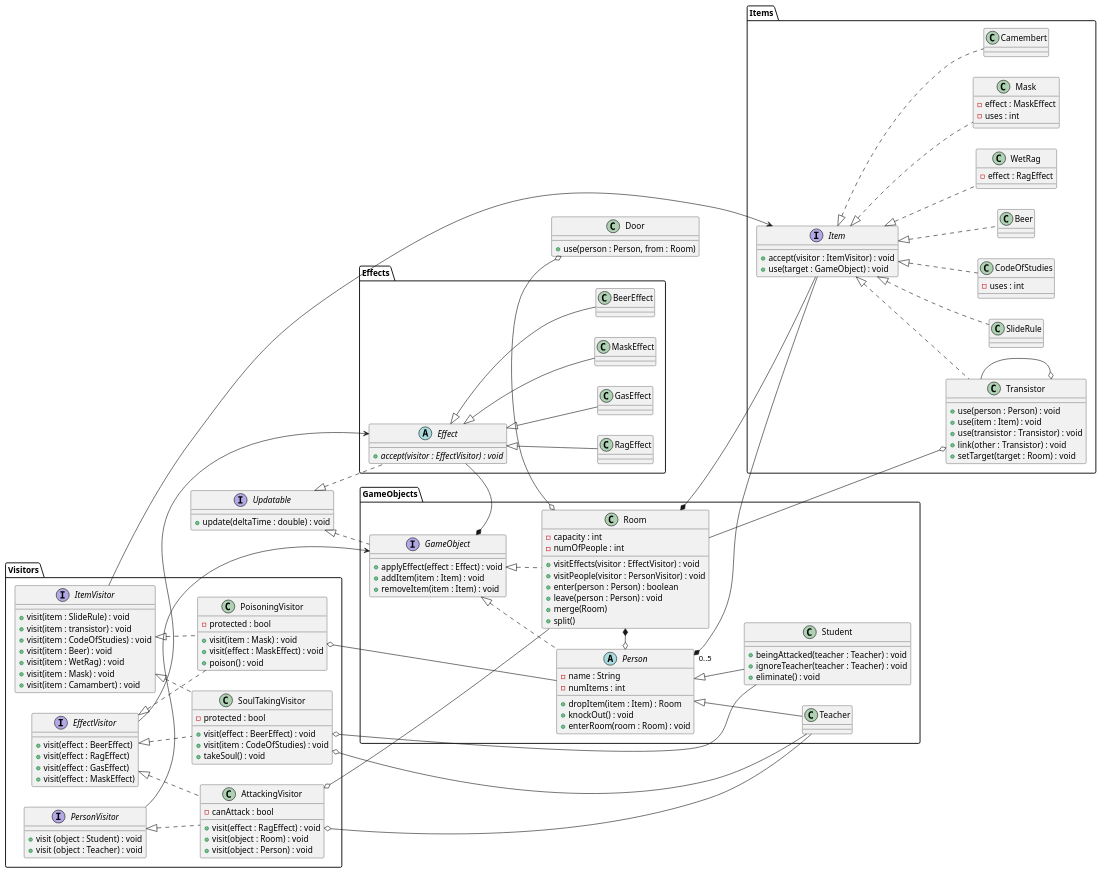
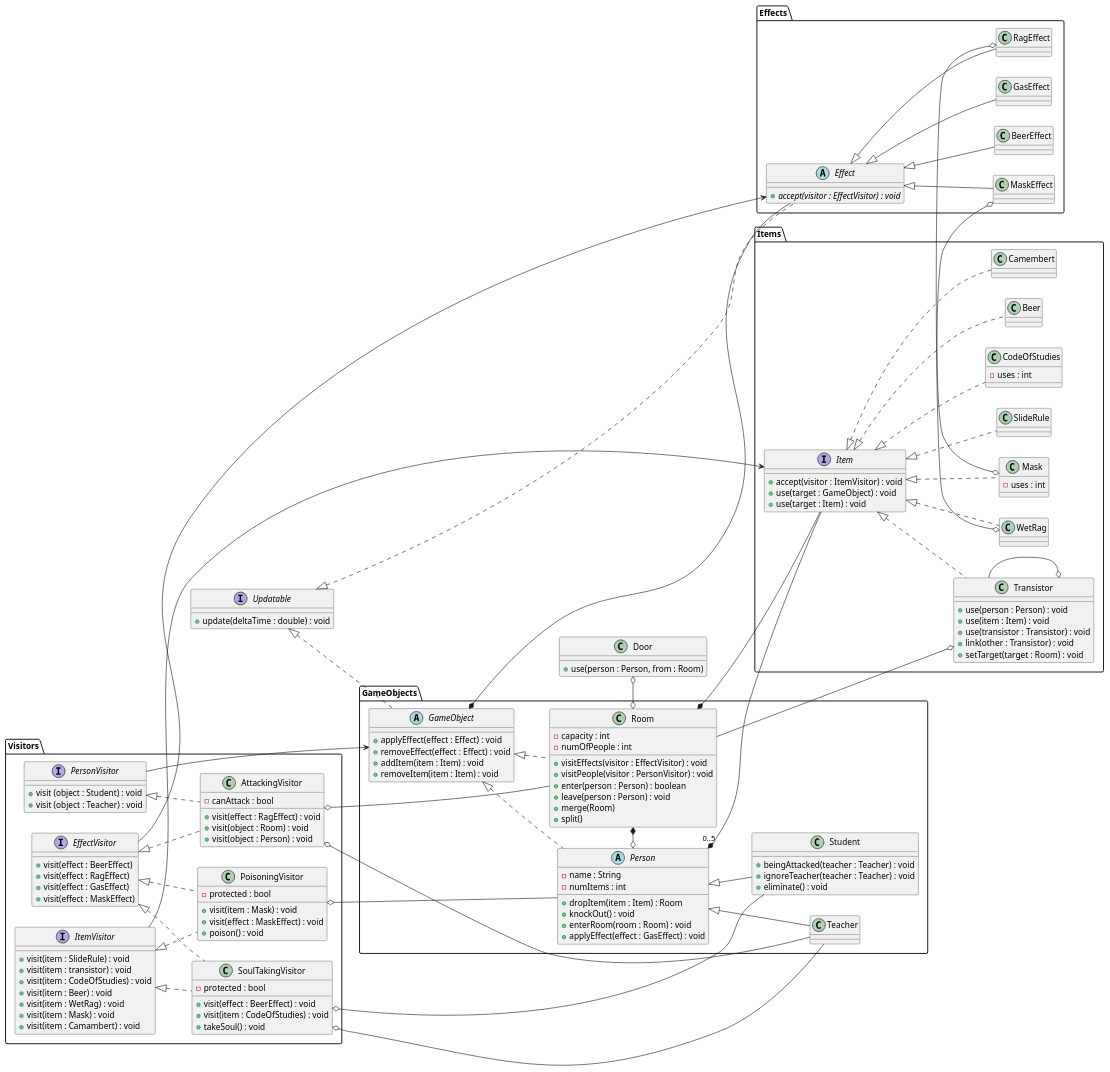
Before and after one commit to sn4k3ch4rm3r/logarlec: the diagram in docs/diagrams/class/overview.puml, drawn with PlantUML. The commit also changed 3 other files, not shown here.

```diff
--- a/docs/diagrams/class/overview.puml
+++ b/docs/diagrams/class/overview.puml
@@ -1,188 +1,192 @@
 @startuml effects
 
 left to right direction
 
 interface Updatable {
 	+ update(deltaTime : double) : void
 }
 
 package Visitors {
 	interface EffectVisitor {
 		+ visit(effect : BeerEffect)
 		+ visit(effect : RagEffect)
 		+ visit(effect : GasEffect)
 		+ visit(effect : MaskEffect)
 	}
 	interface ItemVisitor {
 		+ visit(item : SlideRule) : void
 		+ visit(item : transistor) : void
 		+ visit(item : CodeOfStudies) : void
 		+ visit(item : Beer) : void
 		+ visit(item : WetRag) : void
 		+ visit(item : Mask) : void
 		+ visit(item : Camambert) : void
 	}
 	interface PersonVisitor {
 		+ visit (object : Student) : void
 		+ visit (object : Teacher) : void
 	}
 
 	class SoulTakingVisitor {
 		- protected : bool
 		+ visit(effect : BeerEffect) : void
 		+ visit(item : CodeOfStudies) : void
 		+ takeSoul() : void
 	}
 	class PoisoningVisitor {
 		- protected : bool
 		+ visit(item : Mask) : void
 		+ visit(effect : MaskEffect) : void
 		+ poison() : void
 	}
 	class AttackingVisitor {
 		- canAttack : bool
 		+ visit(effect : RagEffect) : void
 		+ visit(object : Room) : void
 		+ visit(object : Person) : void
 	}
 }
 
 package GameObjects {
-	interface GameObject {
+	abstract GameObject {
 		+ applyEffect(effect : Effect) : void
+		+ removeEffect(effect : Effect) : void
 		+ addItem(item : Item) : void
 		+ removeItem(item : Item) : void
 	}
 
 	abstract Person {
 		- name : String
 		- numItems : int
 		+ dropItem(item : Item) : Room
 		+ knockOut() : void
 		+ enterRoom(room : Room) : void
+		+ applyEffect(effect : GasEffect) : void
 	}
 
 	class Student {
 		+ beingAttacked(teacher : Teacher) : void
 		+ ignoreTeacher(teacher : Teacher) : void
 		+ eliminate() : void
 	}
 	class Teacher {
 		
 	}
 
 	class Room {
 		- capacity : int
 		- numOfPeople : int
 		+ visitEffects(visitor : EffectVisitor) : void
 		+ visitPeople(visitor : PersonVisitor) : void
 		+ enter(person : Person) : boolean
 		+ leave(person : Person) : void
 		+ merge(Room)
 		+ split()
 	}
 }
 
 class Door {
     +use(person : Person, from : Room)
 }
 
 package Items {
 	interface Item {
 		+ accept(visitor : ItemVisitor) : void
 		+ use(target : GameObject) : void
+		+ use(target : Item) : void
 	}
 	class SlideRule
 	class Transistor {
 		+ use(person : Person) : void
 		+ use(item : Item) : void
 		+ use(transistor : Transistor) : void
 		+ link(other : Transistor) : void
 		+ setTarget(target : Room) : void
 	}
 	class CodeOfStudies {
 		- uses : int
 	}
 	class Beer {
 	}
 	class WetRag {
-		- effect : RagEffect
 	}
 	class Mask {
-		- effect : MaskEffect
 		- uses : int
 	}
 	class Camembert {
 	}
 }
 
 package Effects {
 	abstract Effect {
 		{abstract} + accept(visitor : EffectVisitor) : void
 
 	}
 
 	class BeerEffect
 	class RagEffect
 	class GasEffect
 	class MaskEffect
 }
 
 together {
 	Effect <|-- BeerEffect
 	Effect <|-- RagEffect
 	Effect <|-- GasEffect
 	Effect <|-- MaskEffect
 }
 
 together {
 	Item <|.- SlideRule
 	Item <|.- Transistor
 	Item <|.- CodeOfStudies
 	Item <|.- Beer
 	Item <|.- WetRag
 	Item <|.- Mask
 	Item <|.- Camembert
 }
 
 Updatable <|.- GameObject
 Updatable <|.- Effect
 GameObject <|.- Person
 GameObject <|.- Room
 Person <|-- Teacher
 Person <|-- Student
 
 
 GameObject *- Effect
 
 Room *-o Person
 Room *-- Item
 
 Person "0..5" *- Item
 
 ItemVisitor <|.- SoulTakingVisitor
 EffectVisitor <|.- SoulTakingVisitor
 
 ItemVisitor <|.- PoisoningVisitor
 EffectVisitor <|.- PoisoningVisitor
 
 EffectVisitor <|.- AttackingVisitor
 PersonVisitor <|.- AttackingVisitor
 
 PersonVisitor ---> GameObject
 EffectVisitor ---> Effect
 ItemVisitor ---> Item
 
 Transistor --o Transistor
 Room --o Transistor
 
 SoulTakingVisitor o-- Teacher
 SoulTakingVisitor o-- Student
 
 PoisoningVisitor o-- Person
 
 AttackingVisitor o-- Teacher
 AttackingVisitor o-- Room
 
 Room o-o Door
+
+WetRag o-o RagEffect
+Mask o-o MaskEffect
 @enduml
```
